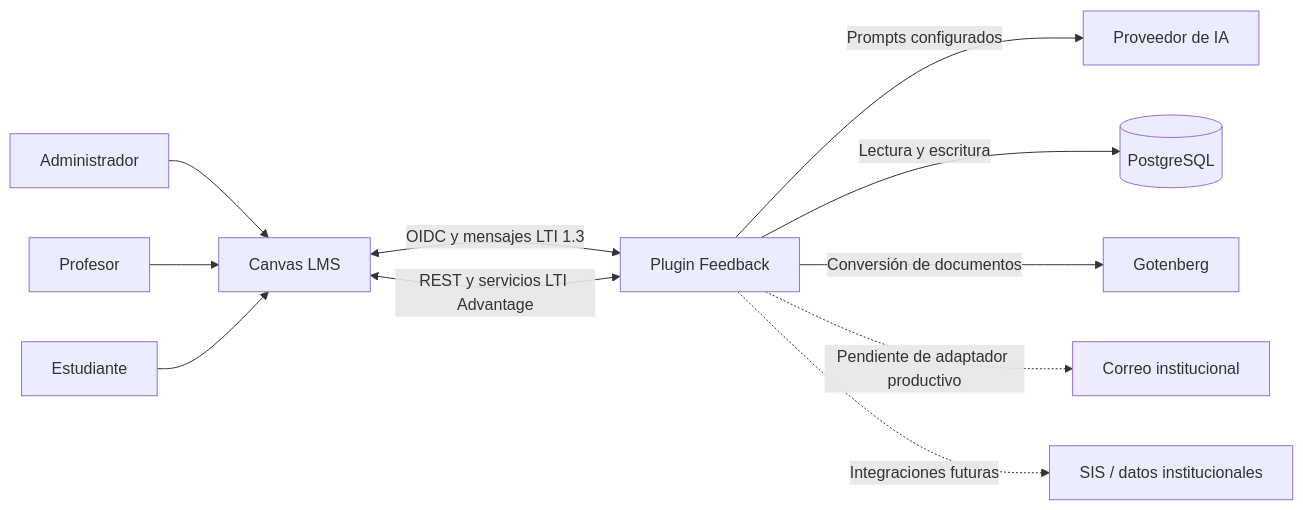
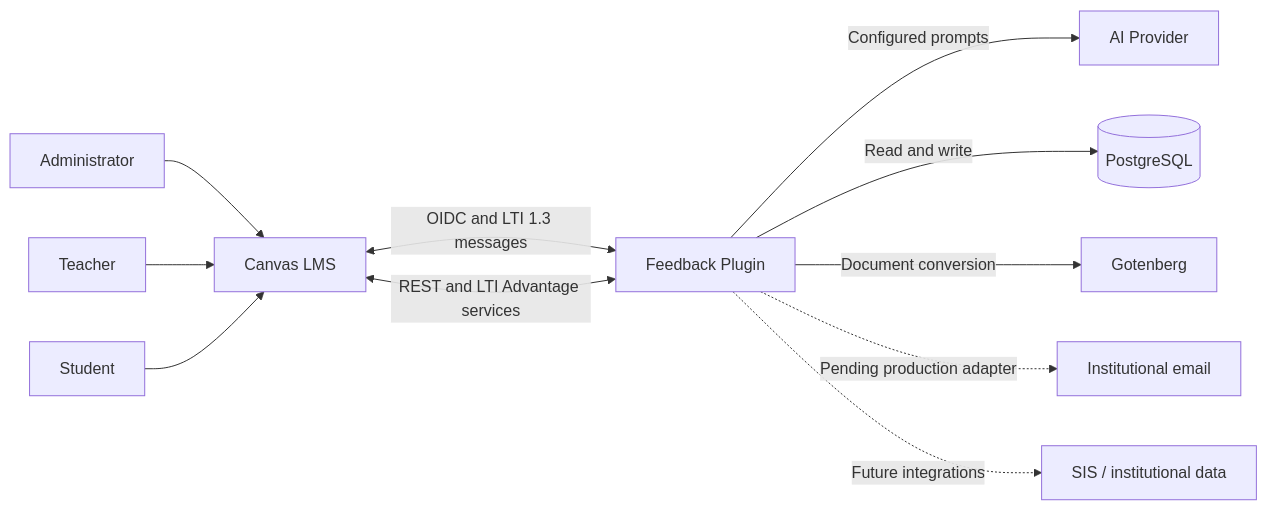
Before and after one commit to JaimeArriagadaRosas/Plugin-Feedback-Canvas: the first of 3 diagrams in docs/ARCHITECTURE.md, drawn with Mermaid. The commit also changed other lines of this file and 291 other files, not shown here.

````diff
--- a/docs/ARCHITECTURE.md
+++ b/docs/ARCHITECTURE.md
@@ -7,13 +7,13 @@
 ```mermaid
 flowchart LR
-    Admin[Administrador] --> Canvas[Canvas LMS]
-    Teacher[Profesor] --> Canvas
-    Student[Estudiante] --> Canvas
-    Canvas <-->|OIDC y mensajes LTI 1.3| Plugin[Plugin Feedback]
-    Plugin <-->|REST y servicios LTI Advantage| Canvas
-    Plugin -->|Prompts configurados| AI[Proveedor de IA]
-    Plugin -->|Lectura y escritura| DB[(PostgreSQL)]
-    Plugin -->|Conversión de documentos| Gotenberg[Gotenberg]
-    Plugin -.->|Pendiente de adaptador productivo| Mail[Correo institucional]
-    Plugin -.->|Integraciones futuras| SIS[SIS / datos institucionales]
+    Admin[Administrator] --> Canvas[Canvas LMS]
+    Teacher[Teacher] --> Canvas
+    Student[Student] --> Canvas
+    Canvas <-->|OIDC and LTI 1.3 messages| Plugin[Feedback Plugin]
+    Plugin <-->|REST and LTI Advantage services| Canvas
+    Plugin -->|Configured prompts| AI[AI Provider]
+    Plugin -->|Read and write| DB[(PostgreSQL)]
+    Plugin -->|Document conversion| Gotenberg[Gotenberg]
+    Plugin -.->|Pending production adapter| Mail[Institutional email]
+    Plugin -.->|Future integrations| SIS[SIS / institutional data]
 ```
````
